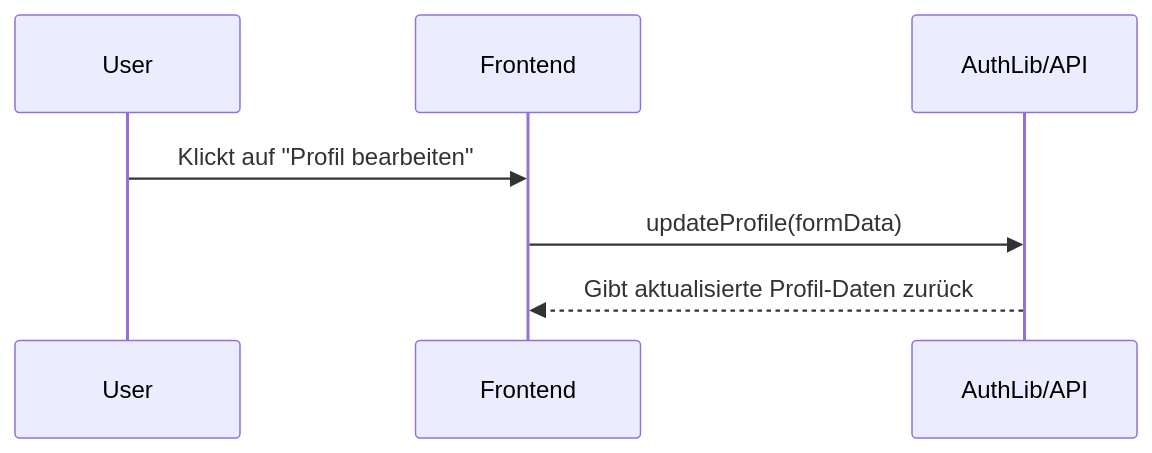
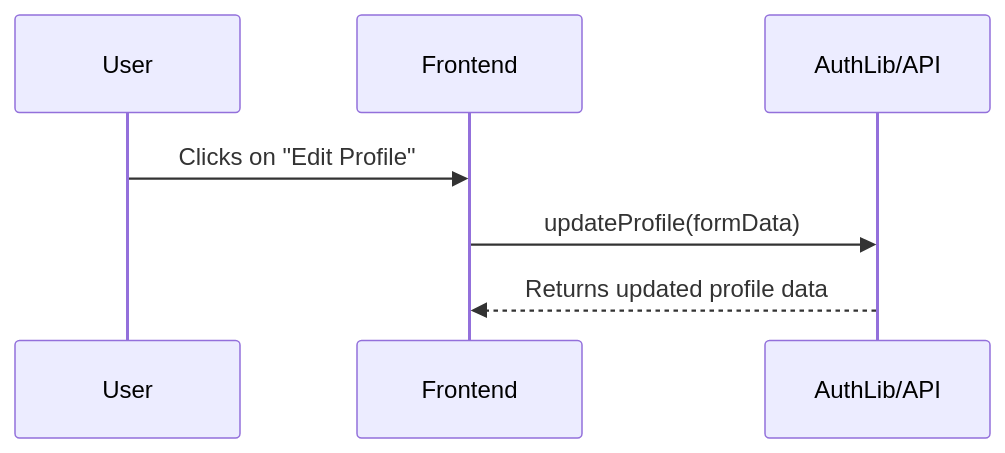
One commit to henniphilo/ft_transcendence changed the third of 4 diagrams in docs/authlib.md. Above: the diagram before and after it, drawn with Mermaid. The commit also changed other lines of this file and 4 other files, not shown here.

````diff
--- a/docs/authlib.md
+++ b/docs/authlib.md
@@ -217,9 +217,9 @@
 ```mermaid
 sequenceDiagram
         participant U as User
         participant F as Frontend
         participant API as AuthLib/API
-        U->>F: Klickt auf "Profil bearbeiten"
+        U->>F: Clicks on "Edit Profile"
         F->>API: updateProfile(formData)
-        API-->>F: Gibt aktualisierte Profil-Daten zurück
+        API-->>F: Returns updated profile data
 ```
````
